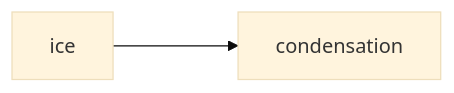
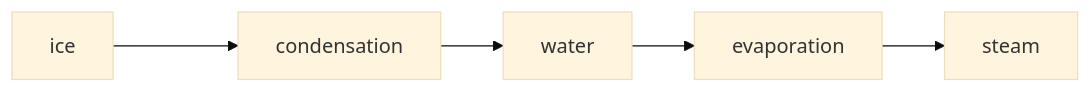
One commit to akshat-005/My-Notes changed the diagram in readme.md. Above: the diagram before and after it, drawn with Mermaid (base theme).

````diff
--- a/readme.md
+++ b/readme.md
@@ -26,4 +26,7 @@
 ```mermaid
 flowchart LR
 ice ---> condensation
+condensation --> water
+water --> evaporation
+evaporation --> steam
 ```
````
